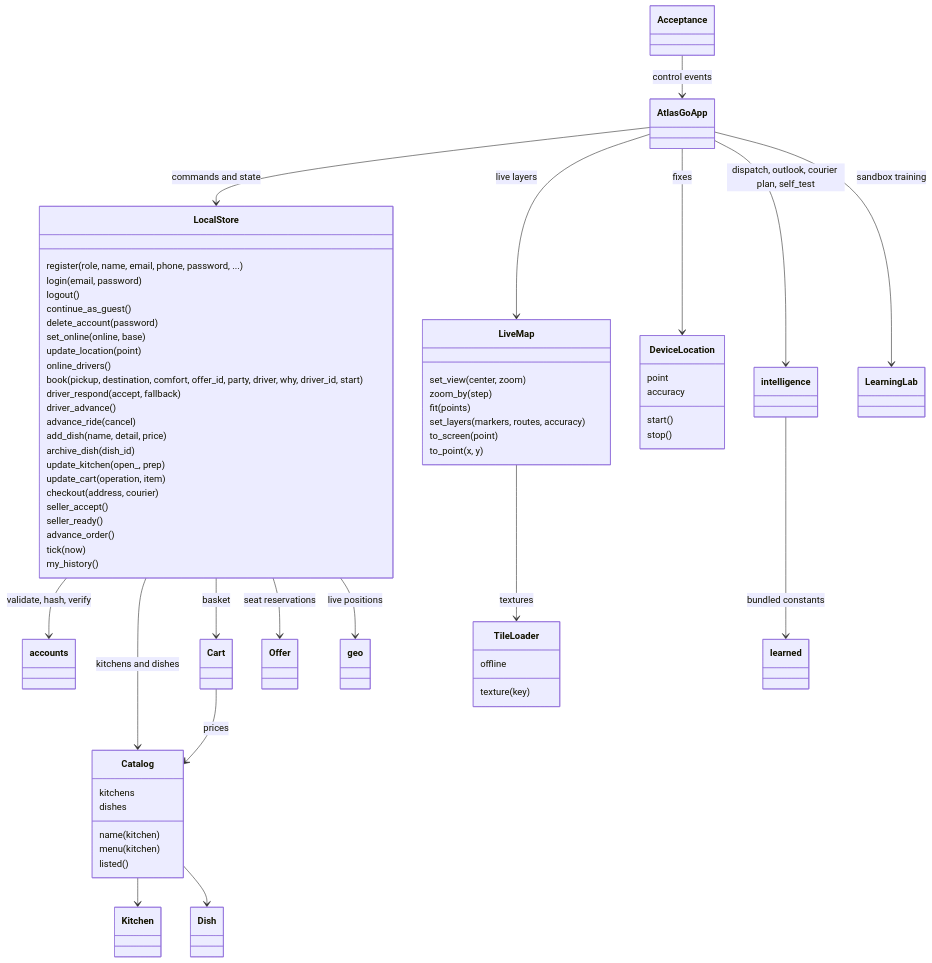
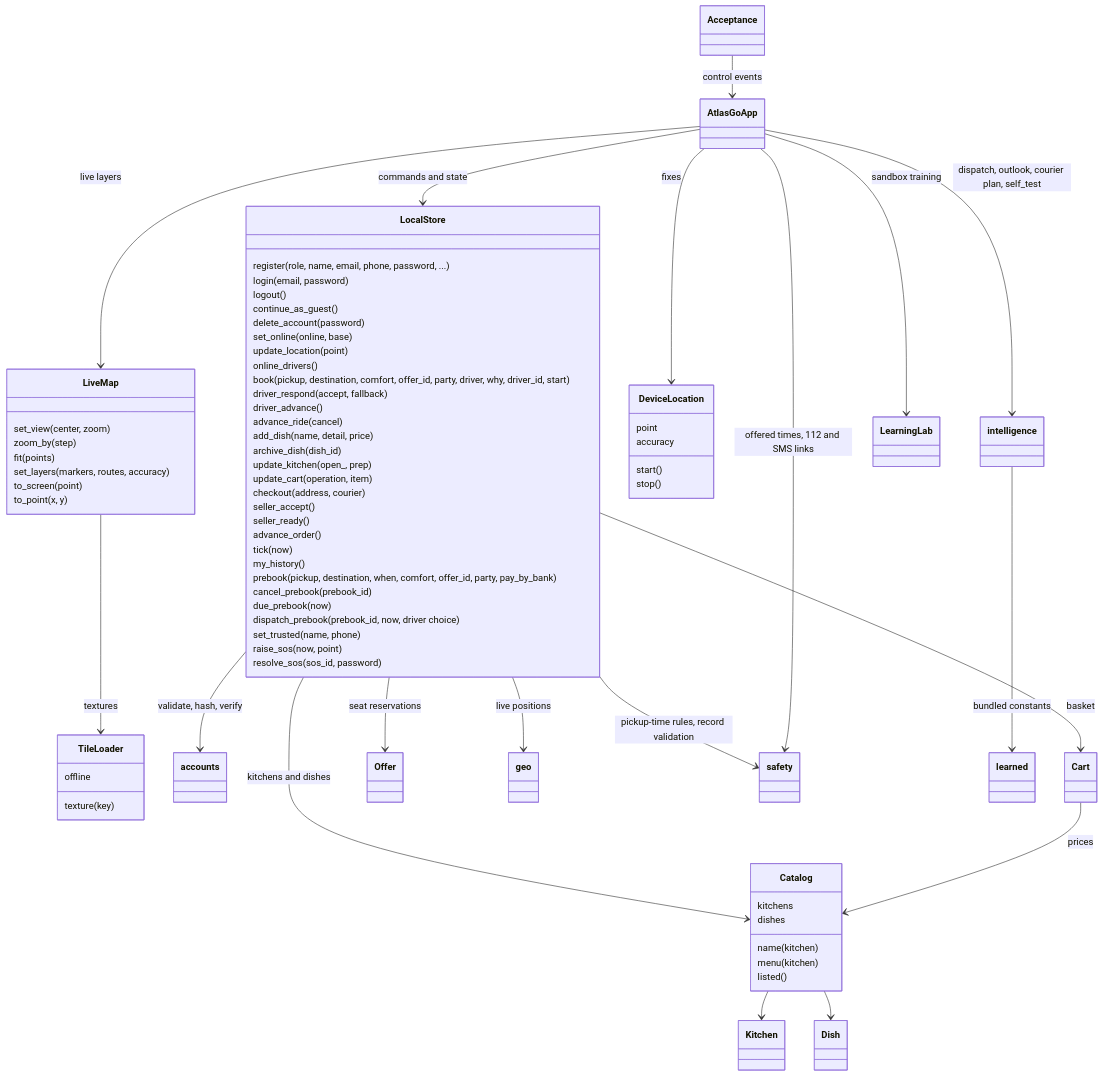
Before and after one commit to FUllSCIPTS/ATLAS: the second of 5 diagrams in android-app/docs/ARCHITECTURE.md, drawn with Mermaid. The commit also changed other lines of this file and 36 other files, not shown here.

````diff
--- a/android-app/docs/ARCHITECTURE.md
+++ b/android-app/docs/ARCHITECTURE.md
@@ -90,68 +93,77 @@
 ```mermaid
 classDiagram
     AtlasGoApp --> LocalStore : commands and state
     AtlasGoApp --> LiveMap : live layers
     AtlasGoApp --> DeviceLocation : fixes
     AtlasGoApp --> intelligence : dispatch, outlook, courier plan, self_test
     AtlasGoApp --> LearningLab : sandbox training
     LiveMap --> TileLoader : textures
     LocalStore --> accounts : validate, hash, verify
     LocalStore --> Catalog : kitchens and dishes
     LocalStore --> Cart : basket
     LocalStore --> Offer : seat reservations
     LocalStore --> geo : live positions
+    LocalStore --> safety : pickup-time rules, record validation
+    AtlasGoApp --> safety : offered times, 112 and SMS links
     Catalog --> Kitchen
     Catalog --> Dish
     Cart --> Catalog : prices
     intelligence --> learned : bundled constants
     Acceptance --> AtlasGoApp : control events
     class LocalStore {
         register(role, name, email, phone, password, ...)
         login(email, password)
         logout()
         continue_as_guest()
         delete_account(password)
         set_online(online, base)
         update_location(point)
         online_drivers()
         book(pickup, destination, comfort, offer_id, party, driver, why, driver_id, start)
         driver_respond(accept, fallback)
         driver_advance()
         advance_ride(cancel)
         add_dish(name, detail, price)
         archive_dish(dish_id)
         update_kitchen(open_, prep)
         update_cart(operation, item)
         checkout(address, courier)
         seller_accept()
         seller_ready()
         advance_order()
         tick(now)
         my_history()
+        prebook(pickup, destination, when, comfort, offer_id, party, pay_by_bank)
+        cancel_prebook(prebook_id)
+        due_prebook(now)
+        dispatch_prebook(prebook_id, now, driver choice)
+        set_trusted(name, phone)
+        raise_sos(now, point)
+        resolve_sos(sos_id, password)
     }
     class Catalog {
         kitchens
         dishes
         name(kitchen)
         menu(kitchen)
         listed()
     }
     class LiveMap {
         set_view(center, zoom)
         zoom_by(step)
         fit(points)
         set_layers(markers, routes, accuracy)
         to_screen(point)
         to_point(x, y)
     }
     class TileLoader {
         texture(key)
         offline
     }
     class DeviceLocation {
         start()
         stop()
         point
         accuracy
     }
 ```
````
